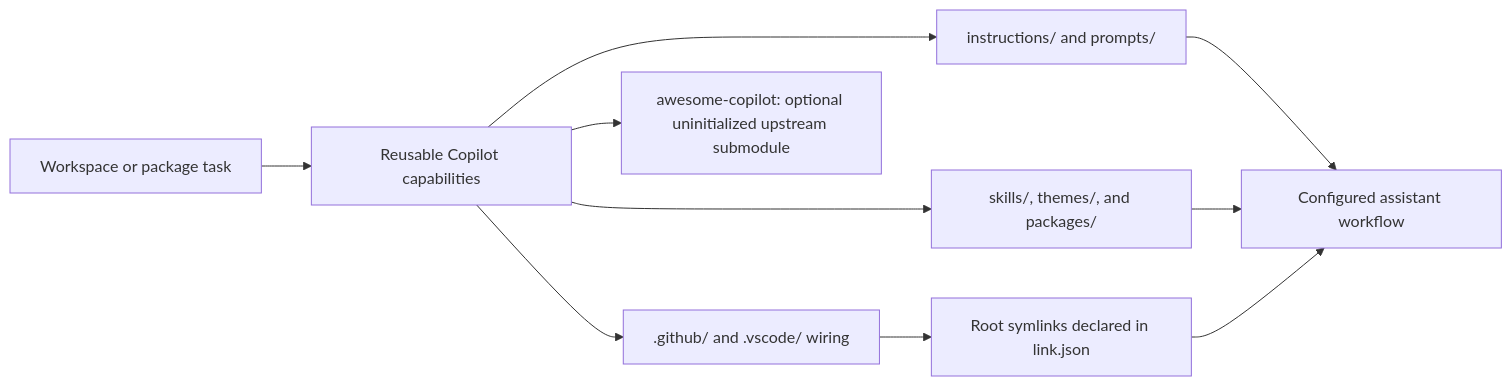
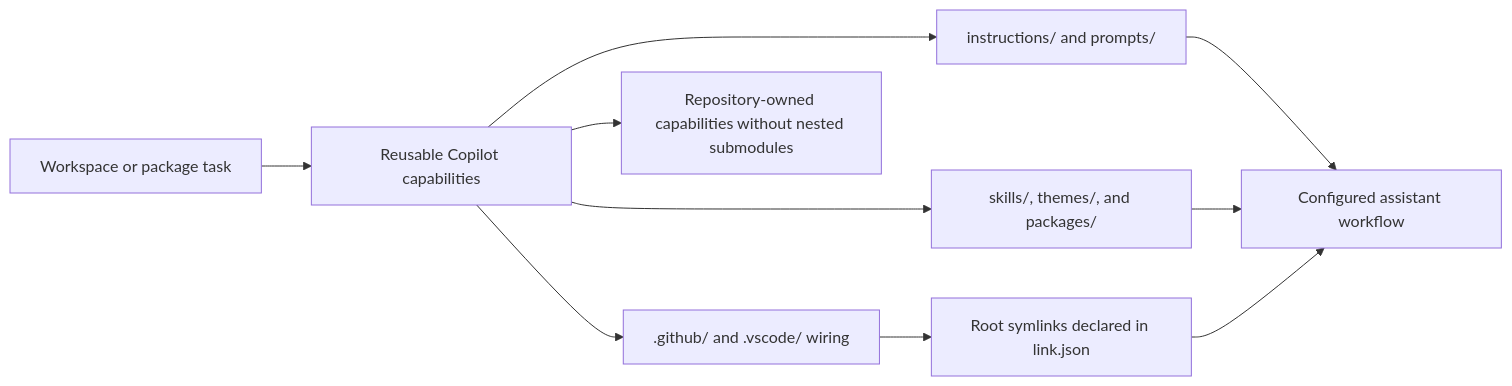
Before and after one commit to anoblet/copilot: the diagram in readme.md, drawn with Mermaid. The commit also changed other lines of this file and 2 other files, not shown here.

Commit message:
chore(submodules): remove awesome-copilot and retired checkout remnants

````diff
--- a/readme.md
+++ b/readme.md
@@ -13,12 +13,12 @@
 ```mermaid
 flowchart LR
     A["Workspace or package task"] --> B["Reusable Copilot capabilities"]
     B --> C["instructions/ and prompts/"]
     B --> D["skills/, themes/, and packages/"]
     B --> E[".github/ and .vscode/ wiring"]
-    B --> S["awesome-copilot: optional uninitialized upstream submodule"]
+    B --> S["Repository-owned capabilities without nested submodules"]
     E --> F["Root symlinks declared in link.json"]
     C --> G["Configured assistant workflow"]
     D --> G
     F --> G
 ```
````
